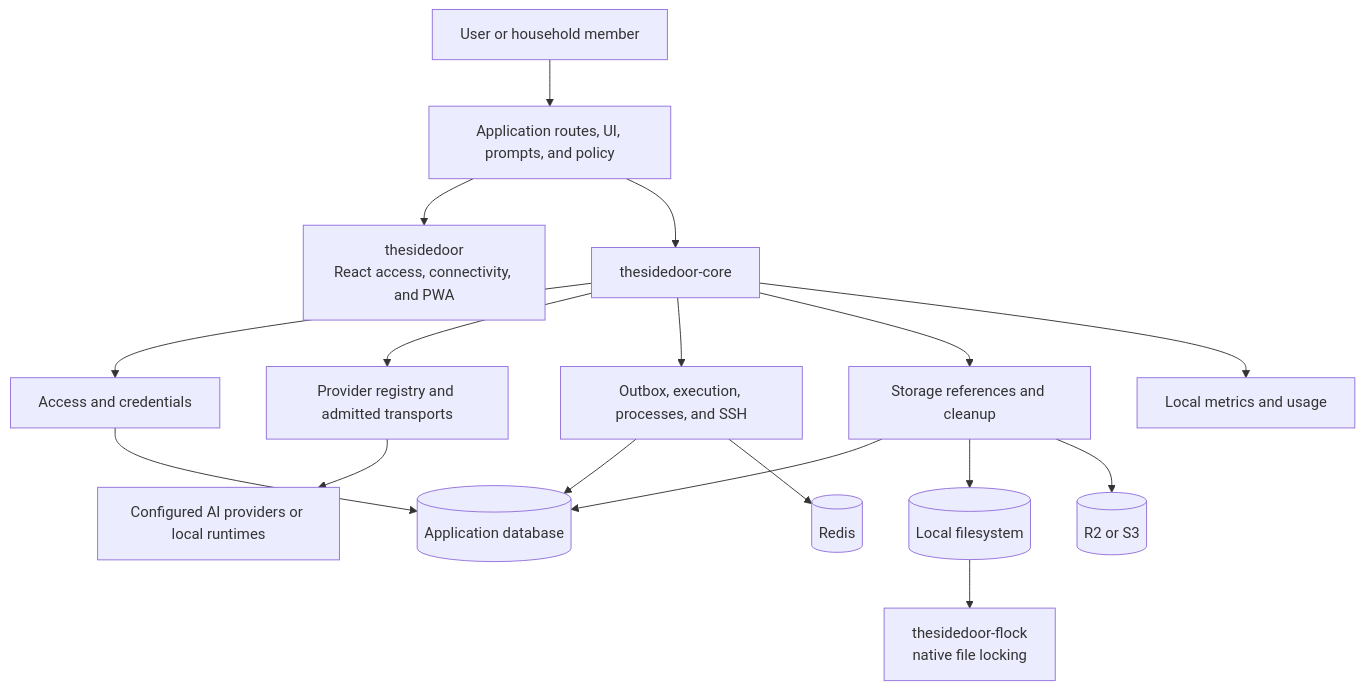
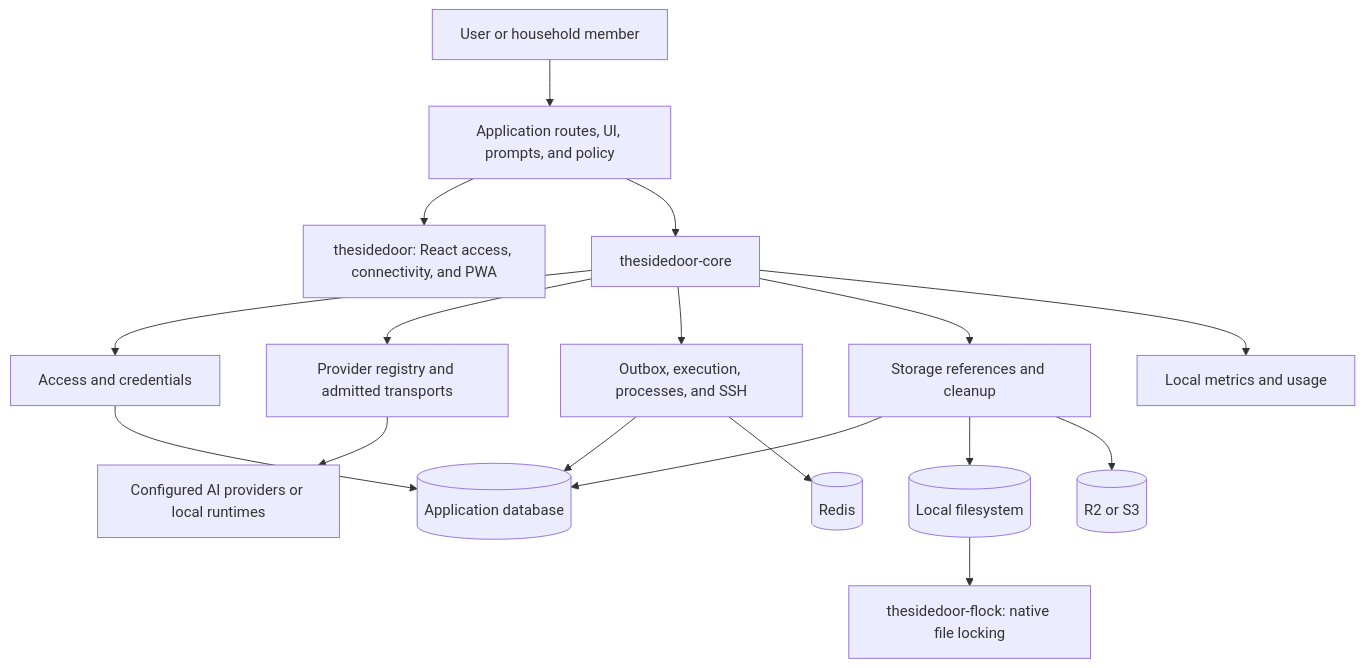
Before and after one commit to affromero/sidedoor: the first of 5 diagrams in README.md, drawn with Mermaid.

Commit message:
docs: fix GitHub architecture rendering

````diff
--- a/README.md
+++ b/README.md
@@ -31,35 +31,35 @@
 ```mermaid
 flowchart TB
   User[User or household member]
   App[Application routes, UI, prompts, and policy]
-  UI[thesidedoor<br/>React access, connectivity, and PWA]
+  UI["thesidedoor: React access, connectivity, and PWA"]
   Core[thesidedoor-core]
   Access[Access and credentials]
   AI[Provider registry and admitted transports]
   Work[Outbox, execution, processes, and SSH]
-  Store[Storage references and cleanup]
+  Storage[Storage references and cleanup]
   Observe[Local metrics and usage]
   DB[(Application database)]
   Files[(Local filesystem)]
   Objects[(R2 or S3)]
   Redis[(Redis)]
   Models[Configured AI providers or local runtimes]
-  Flock[thesidedoor-flock<br/>native file locking]
+  Flock["thesidedoor-flock: native file locking"]
 
   User --> App
   App --> UI
   App --> Core
   Core --> Access
   Core --> AI
   Core --> Work
-  Core --> Store
+  Core --> Storage
   Core --> Observe
   Access --> DB
   Work --> DB
   Work --> Redis
-  Store --> DB
-  Store --> Files
-  Store --> Objects
+  Storage --> DB
+  Storage --> Files
+  Storage --> Objects
   Files --> Flock
   AI --> Models
 ```
````
